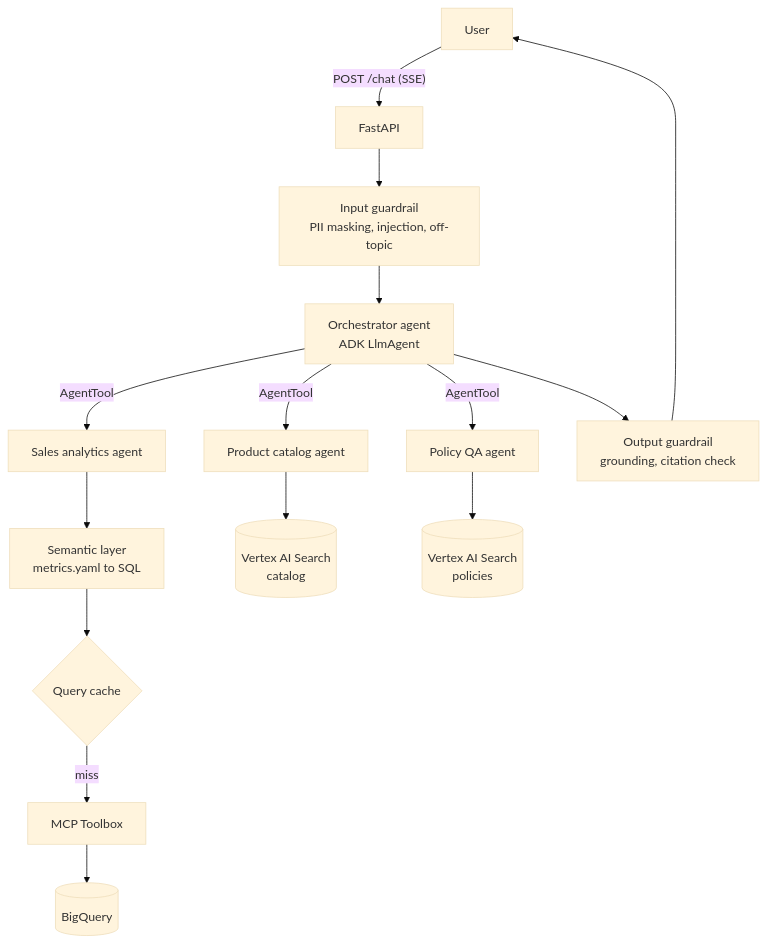
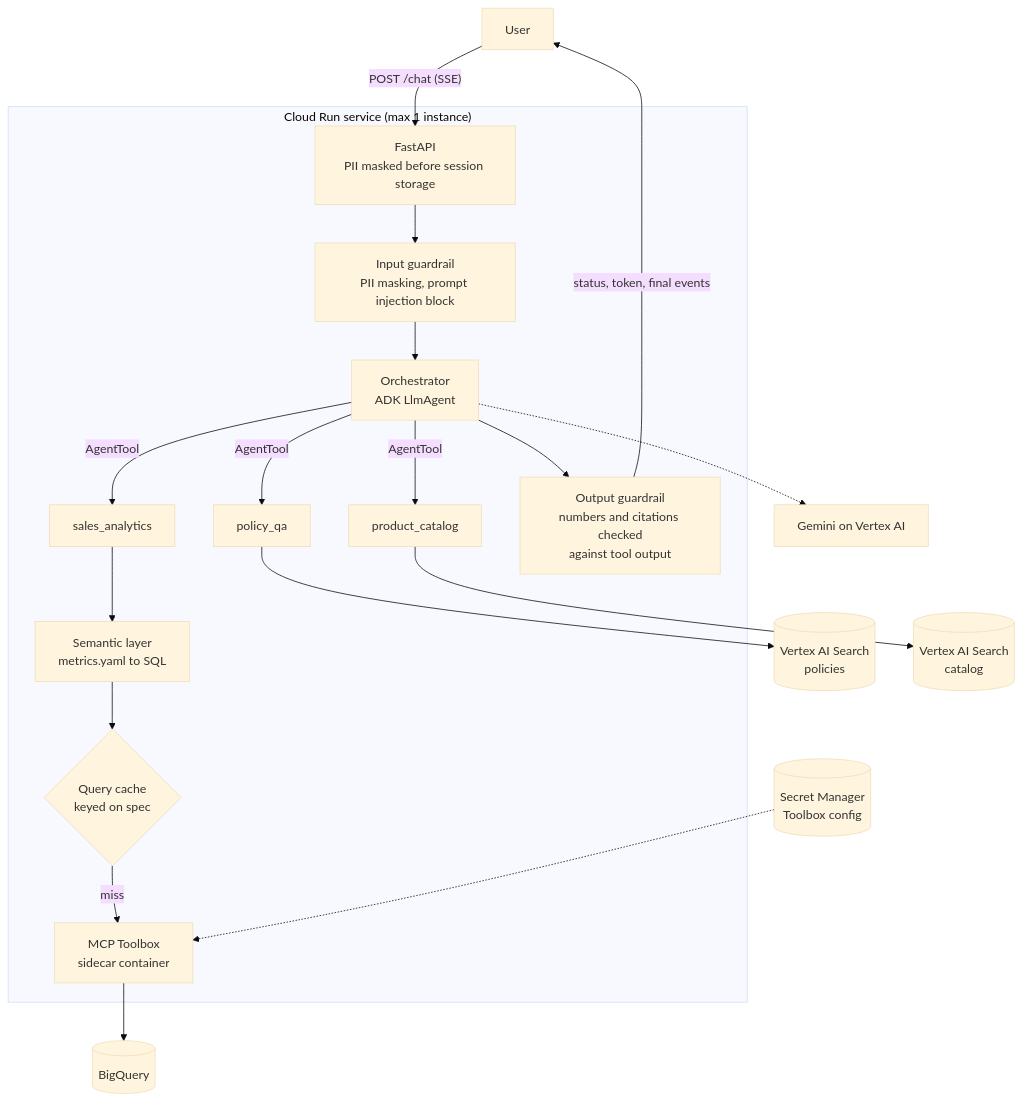
One commit to b10000-coder/Multi-Agent-Retail-Assistant changed the diagram in README.md. Above: the diagram before and after it, drawn with Mermaid (base theme). The commit also changed other lines of this file, not shown here.

Commit message:
README: final architecture, eval results, setup guide, production notes

````diff
--- a/README.md
+++ b/README.md
@@ -29,17 +43,24 @@
 ```mermaid
 flowchart TD
-    U["User"] -->|"POST /chat (SSE)"| API["FastAPI"]
-    API --> IG["Input guardrail<br/>PII masking, injection, off-topic"]
-    IG --> O["Orchestrator agent<br/>ADK LlmAgent"]
-    O -->|"AgentTool"| SA["Sales analytics agent"]
-    O -->|"AgentTool"| PC["Product catalog agent"]
-    O -->|"AgentTool"| PQ["Policy QA agent"]
-    SA --> SL["Semantic layer<br/>metrics.yaml to SQL"]
-    SL --> C{"Query cache"}
-    C -->|"miss"| MCP["MCP Toolbox"]
-    MCP --> BQ[("BigQuery")]
-    PC --> VS1[("Vertex AI Search<br/>catalog")]
-    PQ --> VS2[("Vertex AI Search<br/>policies")]
-    O --> OG["Output guardrail<br/>grounding, citation check"]
-    OG --> U
+    U["User"] -->|"POST /chat (SSE)"| API
+
+    subgraph CR["Cloud Run service (max 1 instance)"]
+        API["FastAPI<br/>PII masked before session storage"]
+        API --> IG["Input guardrail<br/>PII masking, prompt injection block"]
+        IG --> O["Orchestrator<br/>ADK LlmAgent"]
+        O -->|"AgentTool"| SA["sales_analytics"]
+        O -->|"AgentTool"| PQ["policy_qa"]
+        O -->|"AgentTool"| PC["product_catalog"]
+        SA --> SL["Semantic layer<br/>metrics.yaml to SQL"]
+        SL --> C{"Query cache<br/>keyed on spec"}
+        C -->|"miss"| TB["MCP Toolbox<br/>sidecar container"]
+        O --> OG["Output guardrail<br/>numbers and citations checked<br/>against tool output"]
+    end
+
+    TB --> BQ[("BigQuery")]
+    PQ --> VS1[("Vertex AI Search<br/>policies")]
+    PC --> VS2[("Vertex AI Search<br/>catalog")]
+    SM[("Secret Manager<br/>Toolbox config")] -.-> TB
+    O -.-> G["Gemini on Vertex AI"]
+    OG -->|"status, token, final events"| U
 ```
````
